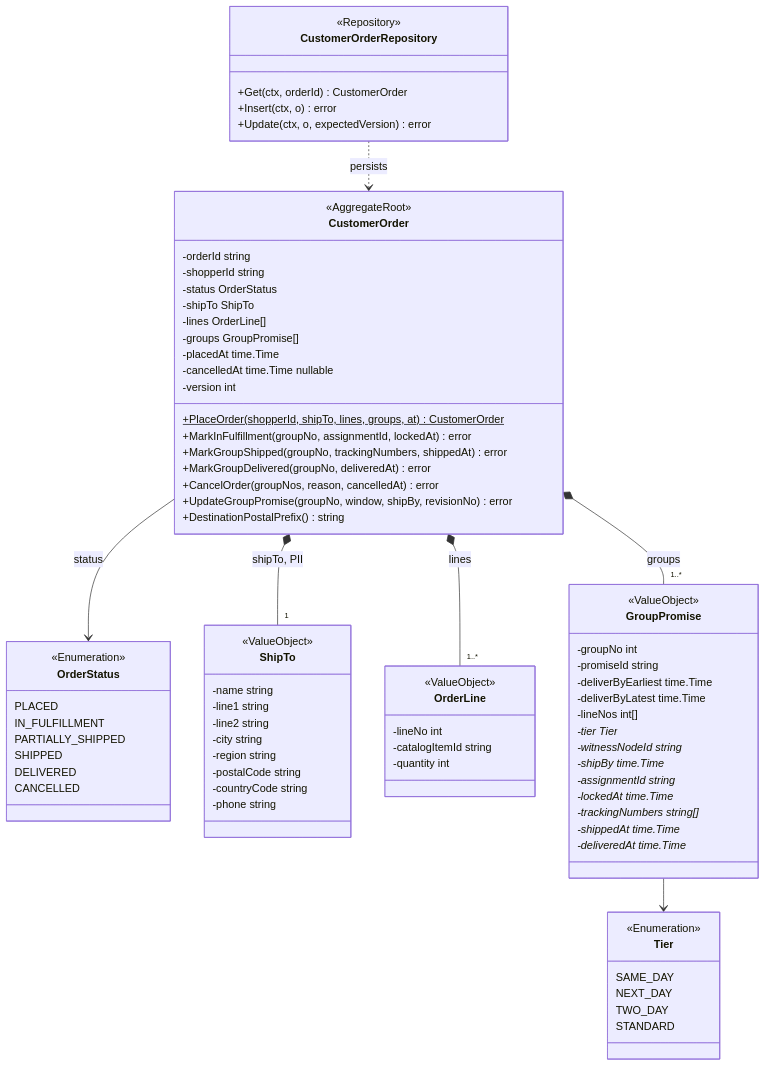
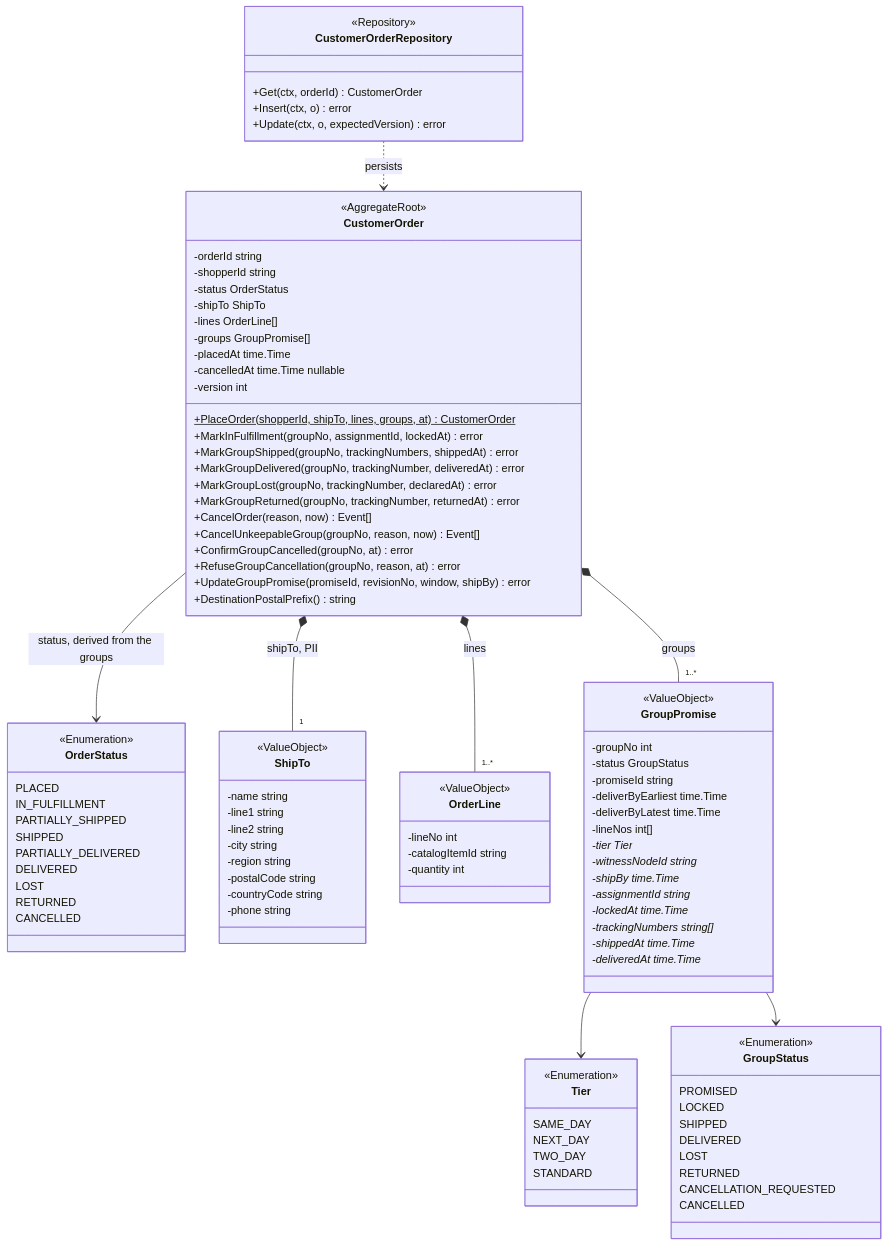
The first of 5 diagrams in network/docs/contexts/customer-ordering/class-diagram.md (IQVO/warehouse-docs), drawn with Mermaid before and after one commit. The commit also changed other lines of this file and 11 other files, not shown here.

Commit message:
docs(network): customer-ordering pack and model follow the repo (A9 shopper check, derived status, cancel request, slugs, PromiseUnkeepable)

````diff
--- a/network/docs/contexts/customer-ordering/class-diagram.md
+++ b/network/docs/contexts/customer-ordering/class-diagram.md
@@ -38,9 +38,14 @@
         +PlaceOrder(shopperId, shipTo, lines, groups, at)$ CustomerOrder
         +MarkInFulfillment(groupNo, assignmentId, lockedAt) error
         +MarkGroupShipped(groupNo, trackingNumbers, shippedAt) error
-        +MarkGroupDelivered(groupNo, deliveredAt) error
-        +CancelOrder(groupNos, reason, cancelledAt) error
-        +UpdateGroupPromise(groupNo, window, shipBy, revisionNo) error
+        +MarkGroupDelivered(groupNo, trackingNumber, deliveredAt) error
+        +MarkGroupLost(groupNo, trackingNumber, declaredAt) error
+        +MarkGroupReturned(groupNo, trackingNumber, returnedAt) error
+        +CancelOrder(reason, now) Event[]
+        +CancelUnkeepableGroup(groupNo, reason, now) Event[]
+        +ConfirmGroupCancelled(groupNo, at) error
+        +RefuseGroupCancellation(groupNo, reason, at) error
+        +UpdateGroupPromise(promiseId, revisionNo, window, shipBy) error
         +DestinationPostalPrefix() string
     }
     class OrderStatus {
@@ -49,7 +54,21 @@
         IN_FULFILLMENT
         PARTIALLY_SHIPPED
         SHIPPED
+        PARTIALLY_DELIVERED
         DELIVERED
+        LOST
+        RETURNED
+        CANCELLED
+    }
+    class GroupStatus {
+        <<Enumeration>>
+        PROMISED
+        LOCKED
+        SHIPPED
+        DELIVERED
+        LOST
+        RETURNED
+        CANCELLATION_REQUESTED
         CANCELLED
     }
     class ShipTo {
@@ -72,6 +91,7 @@
     class GroupPromise {
         <<ValueObject>>
         -groupNo int
+        -status GroupStatus
         -promiseId string
         -deliverByEarliest time.Time
         -deliverByLatest time.Time
@@ -98,10 +118,11 @@
         +Insert(ctx, o) error
         +Update(ctx, o, expectedVersion) error
     }
-    CustomerOrder --> OrderStatus : status
+    CustomerOrder --> OrderStatus : status, derived from the groups
     CustomerOrder *-- "1" ShipTo : shipTo, PII
     CustomerOrder *-- "1..*" OrderLine : lines
     CustomerOrder *-- "1..*" GroupPromise : groups
     GroupPromise --> Tier
+    GroupPromise --> GroupStatus
     CustomerOrderRepository ..> CustomerOrder : persists
 ```
````
